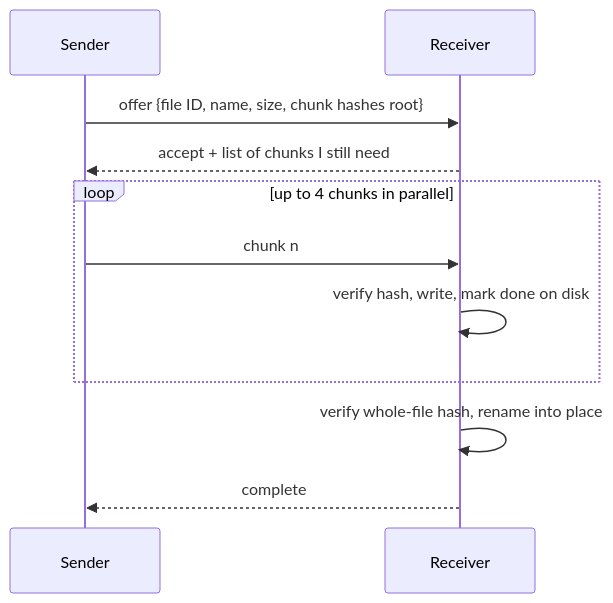
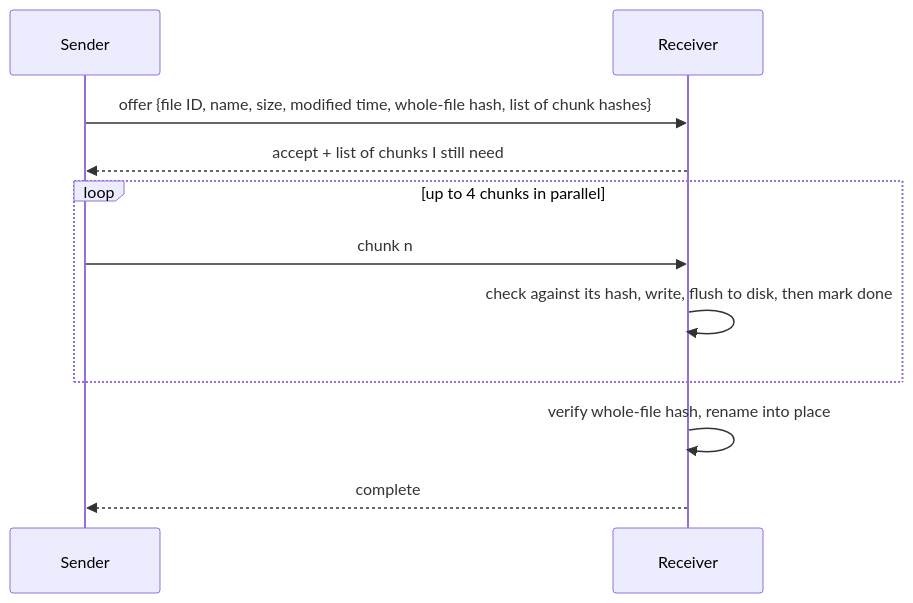
Before and after one commit to ShagnikPal123/Networking-Project: the second of 3 diagrams in docs/design/02-protocol.md, drawn with Mermaid. The commit also changed other lines of this file and 36 other files, not shown here.

````diff
--- a/docs/design/02-protocol.md
+++ b/docs/design/02-protocol.md
@@ -64,13 +91,13 @@
 ```mermaid
 sequenceDiagram
     participant S as Sender
     participant R as Receiver
-    S->>R: offer {file ID, name, size, chunk hashes root}
+    S->>R: offer {file ID, name, size, modified time, whole-file hash, list of chunk hashes}
     R-->>S: accept + list of chunks I still need
     loop up to 4 chunks in parallel
         S->>R: chunk n
-        R->>R: verify hash, write, mark done on disk
+        R->>R: check against its hash, write, flush to disk, then mark done
     end
     R->>R: verify whole-file hash, rename into place
     R-->>S: complete
 ```
````
